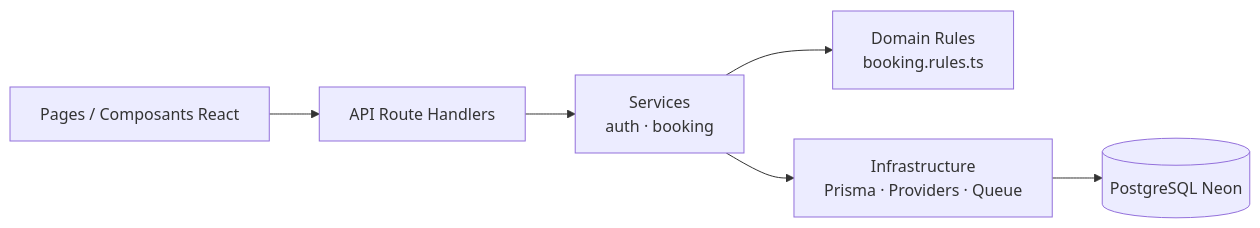
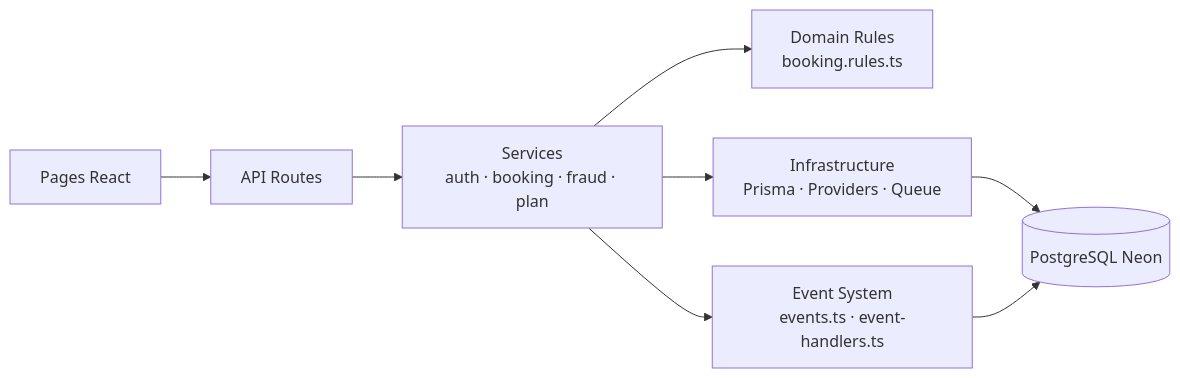
One commit to Ahmesgroup/belo changed the third of 9 diagrams in DOCUMENTATION.md. Above: the diagram before and after it, drawn with Mermaid. The commit also changed other lines of this file, not shown here.

Commit message:
docs: full documentation update — event system, fraud engine V2, admin panel, notifications, EventLog, domain events

````diff
--- a/DOCUMENTATION.md
+++ b/DOCUMENTATION.md
@@ -116,8 +153,9 @@
 ```mermaid
 graph LR
-    A[Pages / Composants React] --> B[API Route Handlers]
-    B --> C[Services<br/>auth · booking]
+    A[Pages React] --> B[API Routes]
+    B --> C[Services<br/>auth · booking · fraud · plan]
     C --> D[Domain Rules<br/>booking.rules.ts]
     C --> E[Infrastructure<br/>Prisma · Providers · Queue]
-    E --> F[(PostgreSQL Neon)]
+    C --> F[Event System<br/>events.ts · event-handlers.ts]
+    E & F --> G[(PostgreSQL Neon)]
 ```
````
